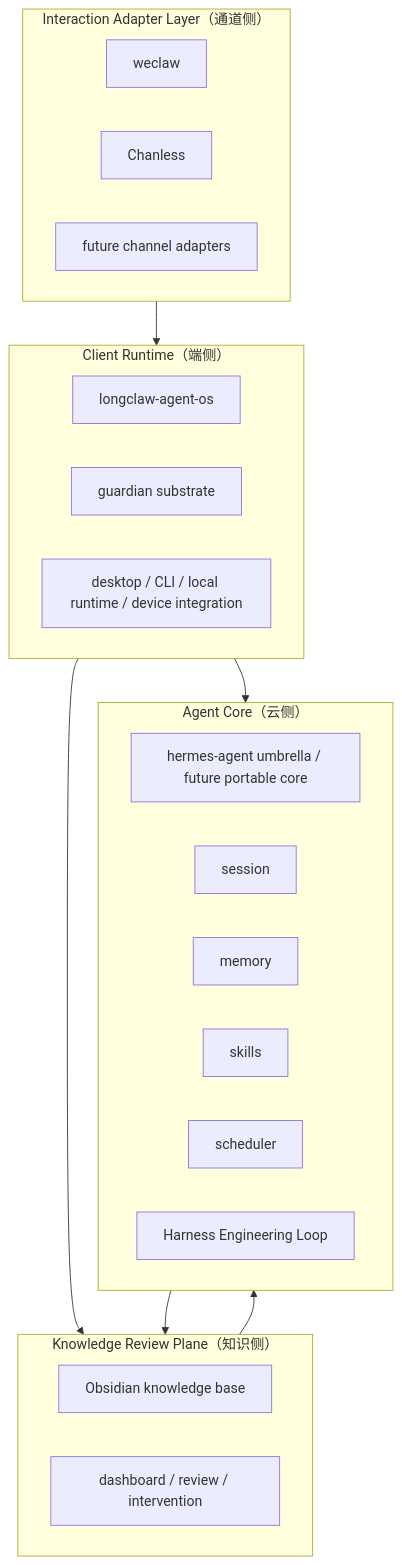
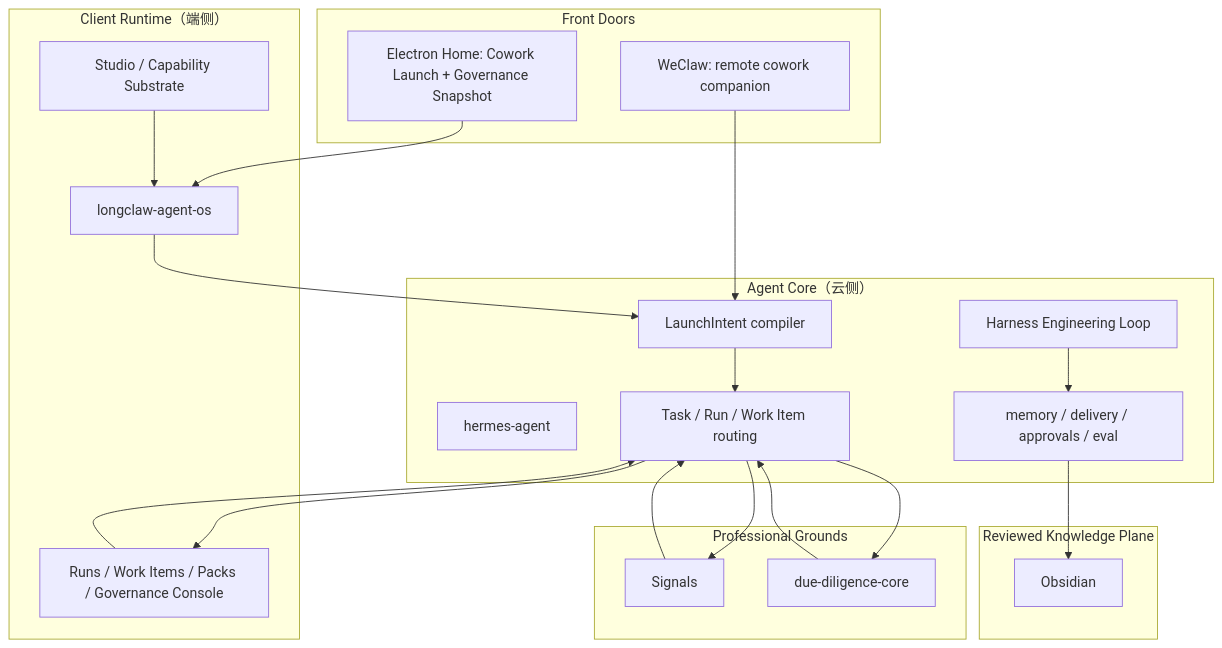
One commit to Gemini-Nick/hermes-agent changed the diagram in docs/longclaw/ARCHITECTURE.md. Above: the diagram before and after it, drawn with Mermaid. The commit also changed other lines of this file and 19 other files, not shown here.

````diff
--- a/docs/longclaw/ARCHITECTURE.md
+++ b/docs/longclaw/ARCHITECTURE.md
@@ -52,34 +147,44 @@
 ```mermaid
 flowchart TB
+  subgraph FR["Front Doors"]
+    EH["Electron Home: Cowork Launch + Governance Snapshot"]
+    WC["WeClaw: remote cowork companion"]
+  end
+
   subgraph CR["Client Runtime（端侧）"]
     AO["longclaw-agent-os"]
-    GD["guardian substrate"]
-    UI["desktop / CLI / local runtime / device integration"]
-  end
-
-  subgraph IA["Interaction Adapter Layer（通道侧）"]
-    WC["weclaw"]
-    CH["Chanless"]
-    CA["future channel adapters"]
-  end
-
-  subgraph KP["Knowledge Review Plane（知识侧）"]
-    OB["Obsidian knowledge base"]
-    DB["dashboard / review / intervention"]
+    ST["Studio / Capability Substrate"]
+    GC["Runs / Work Items / Packs / Governance Console"]
   end
 
   subgraph AC["Agent Core（云侧）"]
-    AG["hermes-agent umbrella / future portable core"]
-    SS["session"]
-    MM["memory"]
-    SK["skills"]
-    SC["scheduler"]
+    AG["hermes-agent"]
+    LI["LaunchIntent compiler"]
+    RT["Task / Run / Work Item routing"]
+    MM["memory / delivery / approvals / eval"]
     HL["Harness Engineering Loop"]
   end
 
-  IA --> CR
-  CR --> KP
-  CR --> AC
-  KP --> AC
-  AC --> KP
+  subgraph PG["Professional Grounds"]
+    SG["Signals"]
+    DD["due-diligence-core"]
+  end
+
+  subgraph RK["Reviewed Knowledge Plane"]
+    OB["Obsidian"]
+  end
+
+  EH --> AO
+  WC --> LI
+  AO --> LI
+  ST --> AO
+  GC --> RT
+  LI --> RT
+  RT --> SG
+  RT --> DD
+  SG --> RT
+  DD --> RT
+  RT --> GC
+  MM --> OB
+  HL --> MM
 ```
````
